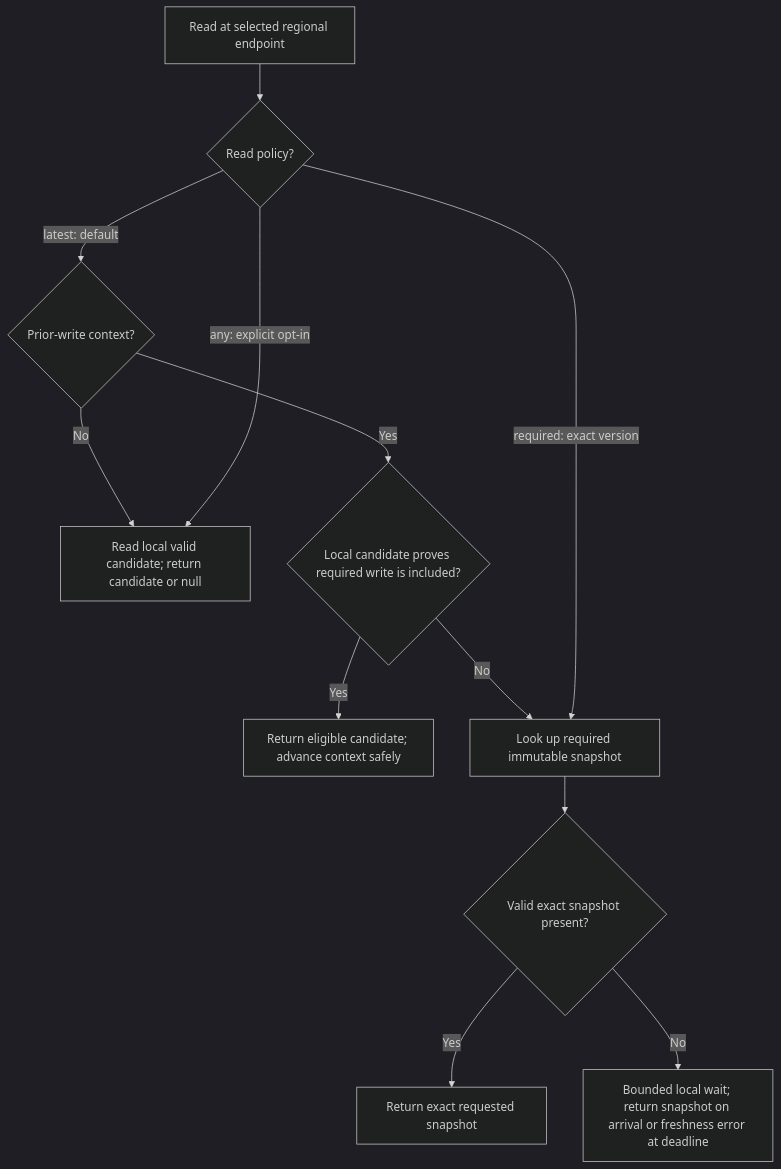
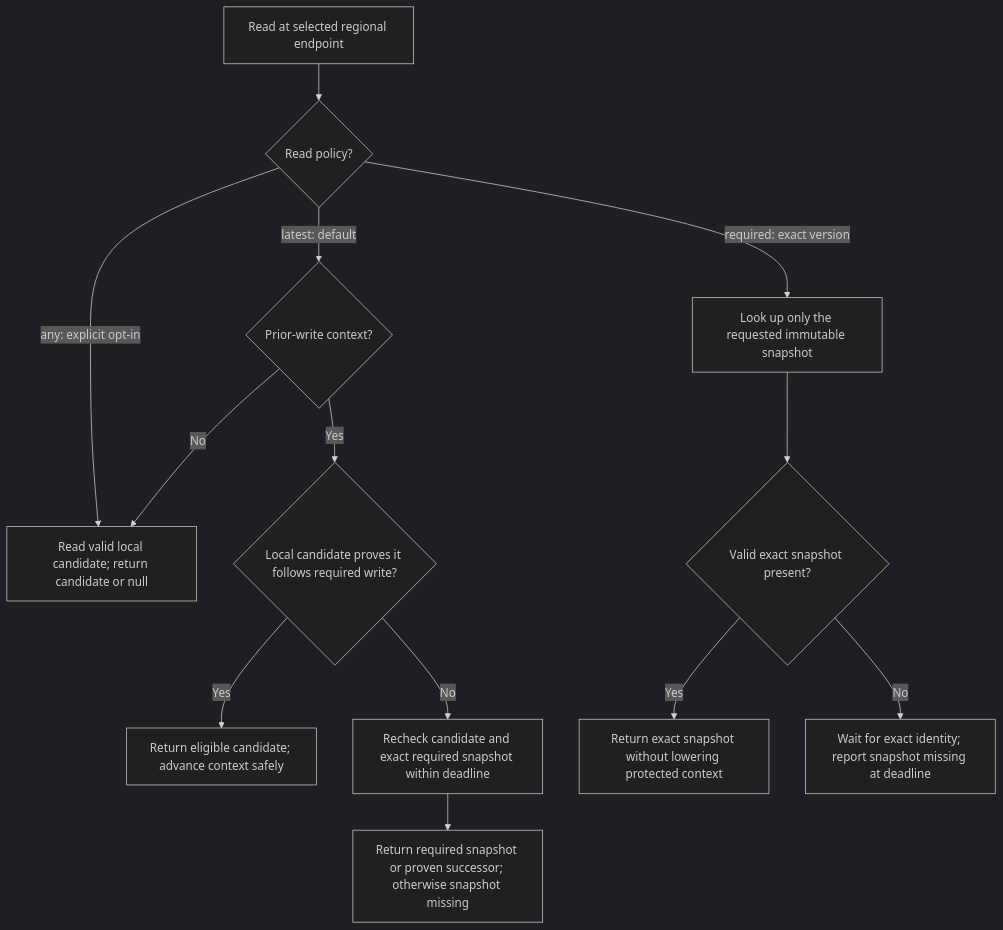
Before and after one commit to alberttwong/redis-multi-region-adapter: the fourth of 4 diagrams in decisions.md, drawn with Mermaid (dark theme). The commit also changed other lines of this file and 11 other files, not shown here.

````diff
--- a/decisions.md
+++ b/decisions.md
@@ -76,14 +76,15 @@
 ```mermaid
 flowchart TD
     Read["Read at selected regional endpoint"] --> Policy{"Read policy?"}
     Policy -->|latest: default| Context{"Prior-write context?"}
-    Context -->|No| Candidate["Read local valid candidate; return candidate or null"]
-    Context -->|Yes| Match{"Local candidate proves required write is included?"}
+    Context -->|No| Candidate["Read valid local candidate; return candidate or null"]
+    Context -->|Yes| Match{"Local candidate proves it follows required write?"}
     Match -->|Yes| Return["Return eligible candidate; advance context safely"]
-    Match -->|No| Exact["Look up required immutable snapshot"]
-    Policy -->|required: exact version| Exact
+    Match -->|No| LatestWait["Recheck candidate and exact required snapshot within deadline"]
+    LatestWait --> LatestResult["Return required snapshot or proven successor; otherwise snapshot missing"]
+    Policy -->|required: exact version| Exact["Look up only the requested immutable snapshot"]
     Exact --> Present{"Valid exact snapshot present?"}
-    Present -->|Yes| Snapshot["Return exact requested snapshot"]
-    Present -->|No| Wait["Bounded local wait; return snapshot on arrival or freshness error at deadline"]
+    Present -->|Yes| Snapshot["Return exact snapshot without lowering protected context"]
+    Present -->|No| ExactWait["Wait for exact identity; report snapshot missing at deadline"]
     Policy -->|any: explicit opt-in| Candidate
 ```
````
